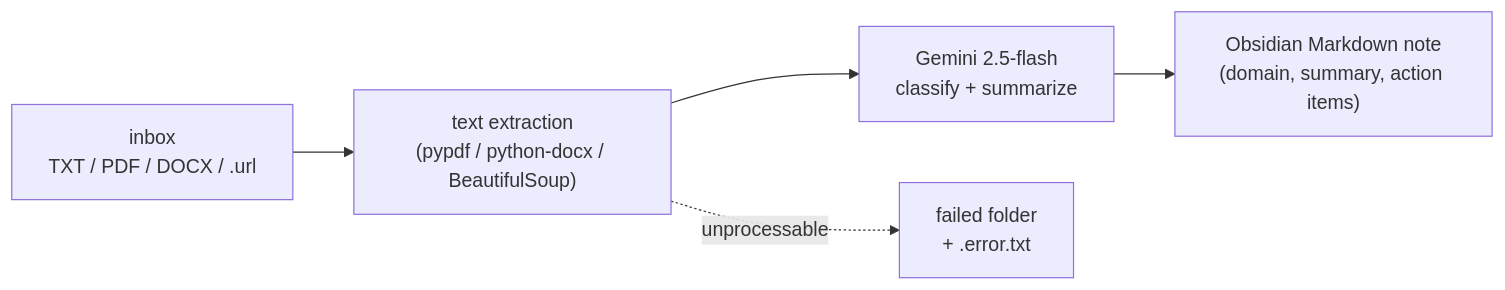
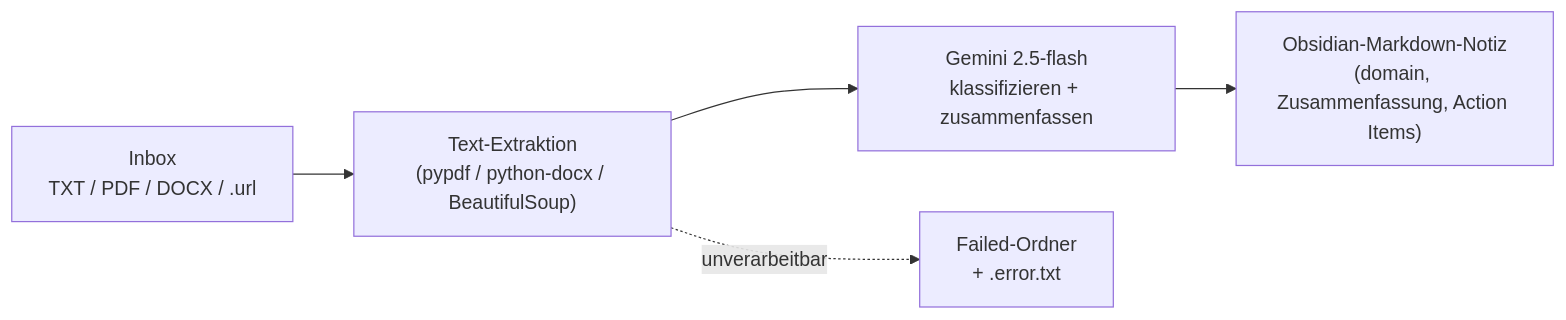
Before and after one commit to charlieLucke/obsidian-inbox-watcher: the first of 2 diagrams in README.md, drawn with Mermaid. The commit also changed other lines of this file and 19 other files, not shown here.

````diff
--- a/README.md
+++ b/README.md
@@ -14,7 +15,7 @@
 ```mermaid
 flowchart LR
-    IN["inbox<br/>TXT / PDF / DOCX / .url"] --> EX["text extraction<br/>(pypdf / python-docx / BeautifulSoup)"]
-    EX --> G["Gemini 2.5-flash<br/>classify + summarize"]
-    G --> NOTE["Obsidian Markdown note<br/>(domain, summary, action items)"]
-    EX -.->|"unprocessable"| FAIL["failed folder<br/>+ .error.txt"]
+    IN["Inbox<br/>TXT / PDF / DOCX / .url"] --> EX["Text-Extraktion<br/>(pypdf / python-docx / BeautifulSoup)"]
+    EX --> G["Gemini 2.5-flash<br/>klassifizieren + zusammenfassen"]
+    G --> NOTE["Obsidian-Markdown-Notiz<br/>(domain, Zusammenfassung, Action Items)"]
+    EX -.->|"unverarbeitbar"| FAIL["Failed-Ordner<br/>+ .error.txt"]
 ```
````
